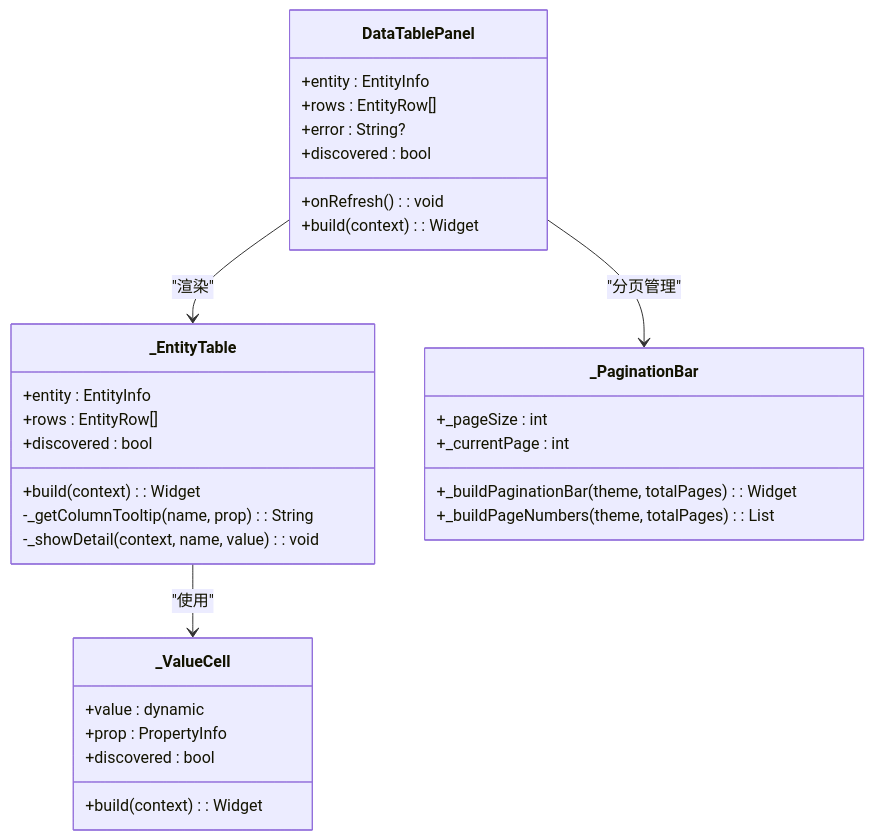
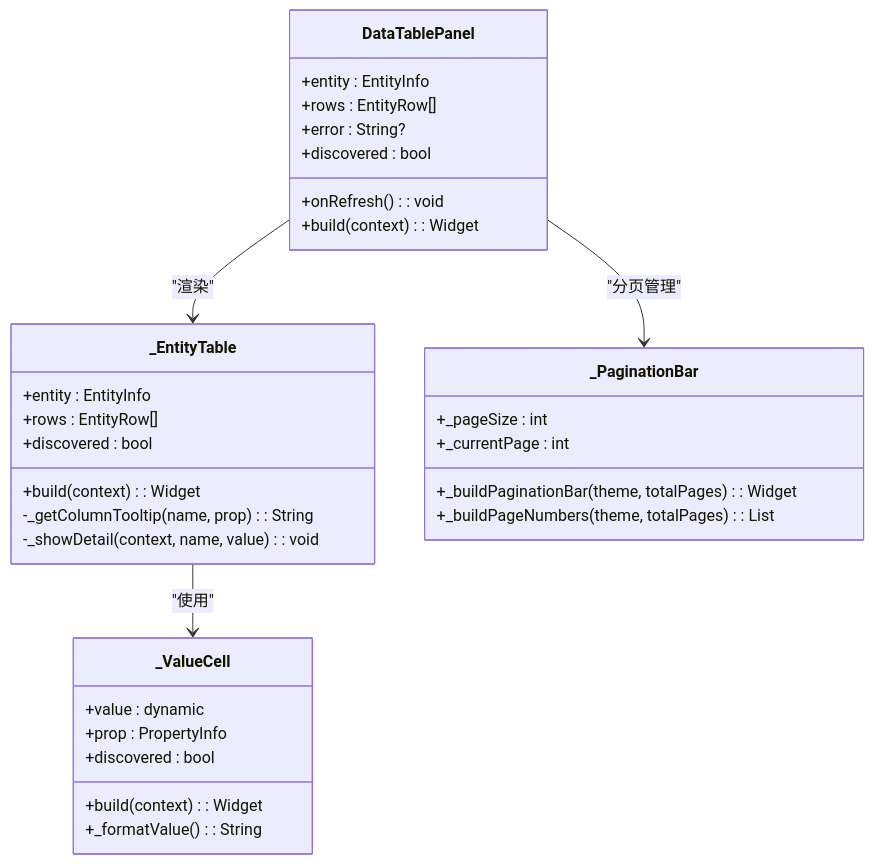
The third of 8 diagrams in .qoder/repowiki/zh/content/UI 组件/数据表格面板.md (kongpf8848/objectbox_viewer), drawn with Mermaid before and after one commit. The commit also changed other lines of this file and 9 other files, not shown here.

````diff
--- a/.qoder/repowiki/zh/content/UI 组件/数据表格面板.md
+++ b/.qoder/repowiki/zh/content/UI 组件/数据表格面板.md
@@ -136,34 +140,35 @@
 ```mermaid
 classDiagram
 class DataTablePanel {
 +entity : EntityInfo
 +rows : EntityRow[]
 +error : String?
 +onRefresh() : void
 +discovered : bool
 +build(context) : Widget
 }
 class _EntityTable {
 +entity : EntityInfo
 +rows : EntityRow[]
 +discovered : bool
 +build(context) : Widget
 -_getColumnTooltip(name, prop) : String
 -_showDetail(context, name, value) : void
 }
 class _ValueCell {
 +value : dynamic
 +prop : PropertyInfo
 +discovered : bool
 +build(context) : Widget
++_formatValue() : String
 }
 class _PaginationBar {
 +_pageSize : int
 +_currentPage : int
 +_buildPaginationBar(theme, totalPages) : Widget
 +_buildPageNumbers(theme, totalPages) : List<Widget>
 }
 DataTablePanel --> _EntityTable : "渲染"
 DataTablePanel --> _PaginationBar : "分页管理"
 _EntityTable --> _ValueCell : "使用"
 ```
````
